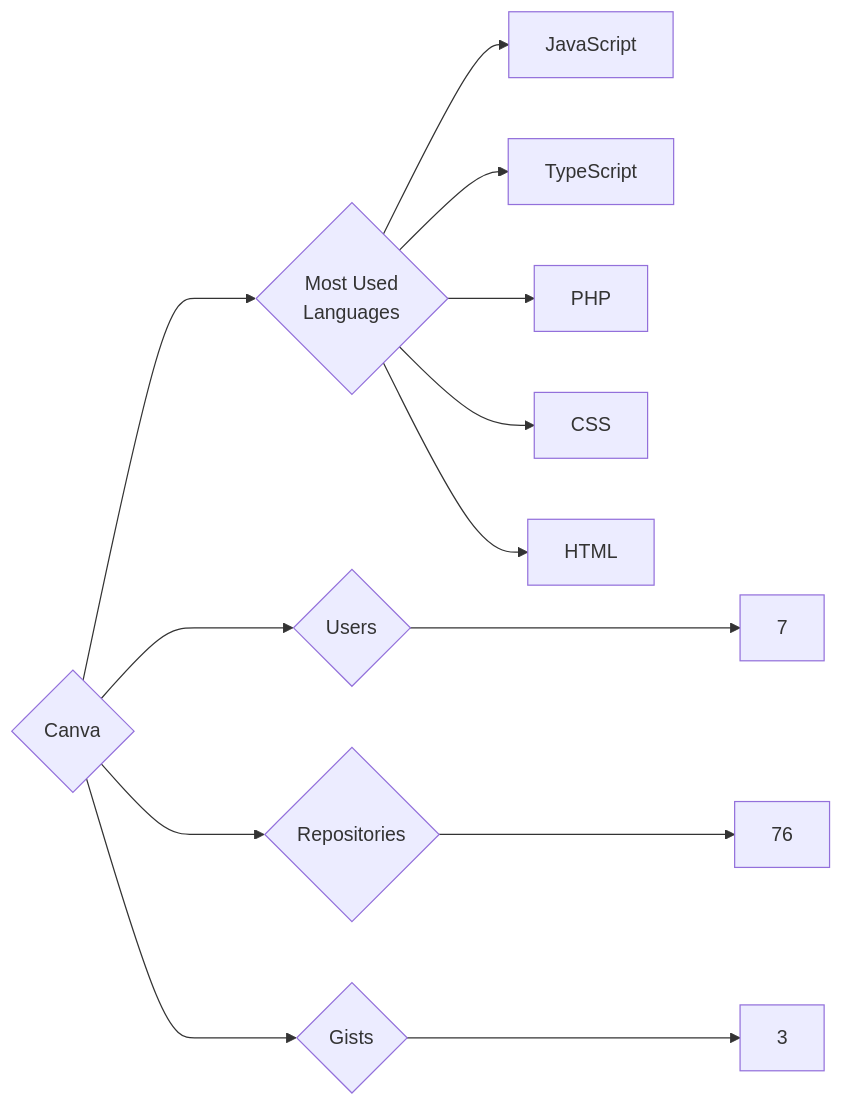
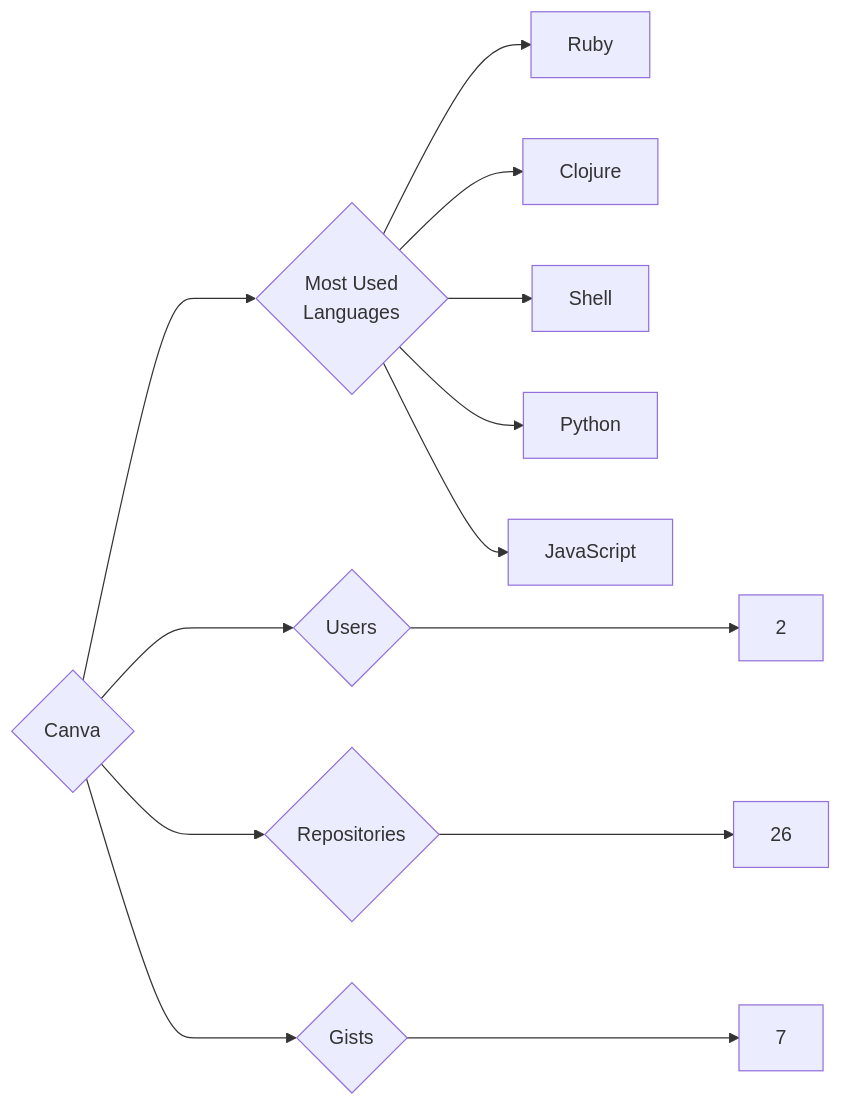
The diagram in targets/Canva/README.md (trickest/insiders), drawn with Mermaid before and after one commit. The commit also changed 857 other files, not shown here.

````diff
--- a/targets/Canva/README.md
+++ b/targets/Canva/README.md
@@ -3,13 +3,13 @@
 ```mermaid
 graph LR
 COMPANY_NAME{Canva}
-COMPANY_NAME ---> U{Users} ---> UN[7]
-COMPANY_NAME ---> R{Repositories} ---> RN[76]
-COMPANY_NAME ---> G{Gists} ---> GN[3]
+COMPANY_NAME ---> U{Users} ---> UN[2]
+COMPANY_NAME ---> R{Repositories} ---> RN[26]
+COMPANY_NAME ---> G{Gists} ---> GN[7]
 COMPANY_NAME ---> ML{Most Used<br>Languages}
+ML --> Ruby[Ruby]
+ML --> Clojure[Clojure]
+ML --> Shell[Shell]
+ML --> Python[Python]
 ML --> JavaScript[JavaScript]
-ML --> TypeScript[TypeScript]
-ML --> PHP[PHP]
-ML --> CSS[CSS]
-ML --> HTML[HTML]
 ```
````
